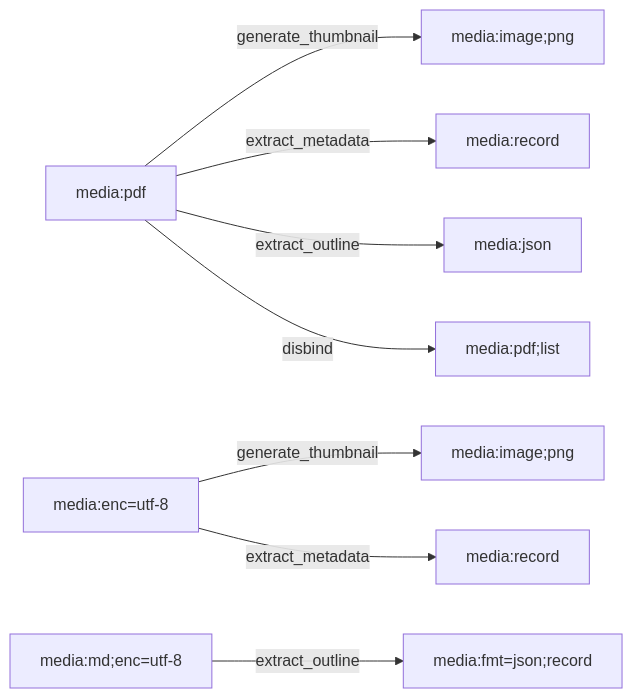
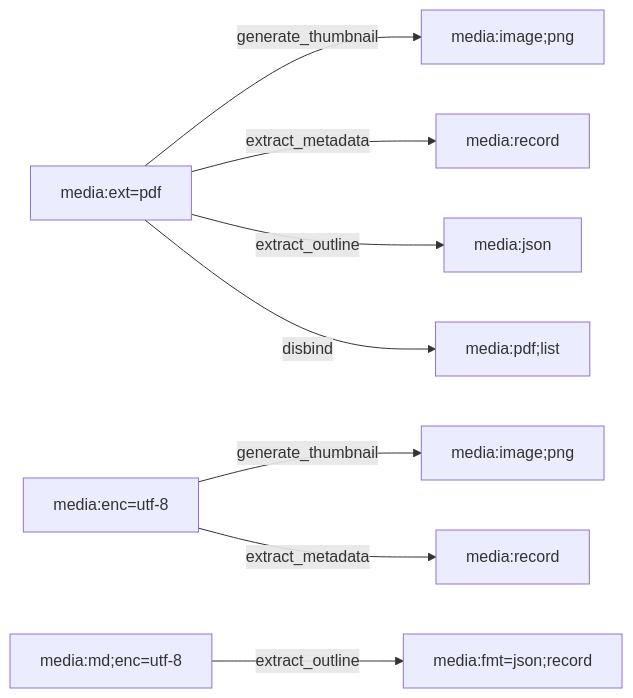
One commit to machinefabric/capdag changed the diagram in docs/16.4-content-cartridges.md. Above: the diagram before and after it, drawn with Mermaid. The commit also changed other lines of this file and 45 other files, not shown here.

````diff
--- a/docs/16.4-content-cartridges.md
+++ b/docs/16.4-content-cartridges.md
@@ -25,11 +25,11 @@
 ```mermaid
 graph LR
-    PDF["media:pdf"] -->|generate_thumbnail| IMG["media:image;png"]
+    PDF["media:ext=pdf"] -->|generate_thumbnail| IMG["media:image;png"]
     PDF -->|extract_metadata| REC["media:record"]
     PDF -->|extract_outline| JSON["media:json"]
     PDF -->|disbind| LIST["media:pdf;list"]
 
     TXT["media:enc=utf-8"] -->|generate_thumbnail| IMG2["media:image;png"]
     TXT -->|extract_metadata| REC2["media:record"]
     MD["media:md;enc=utf-8"] -->|extract_outline| JSON2["media:fmt=json;record"]
 ```
````
